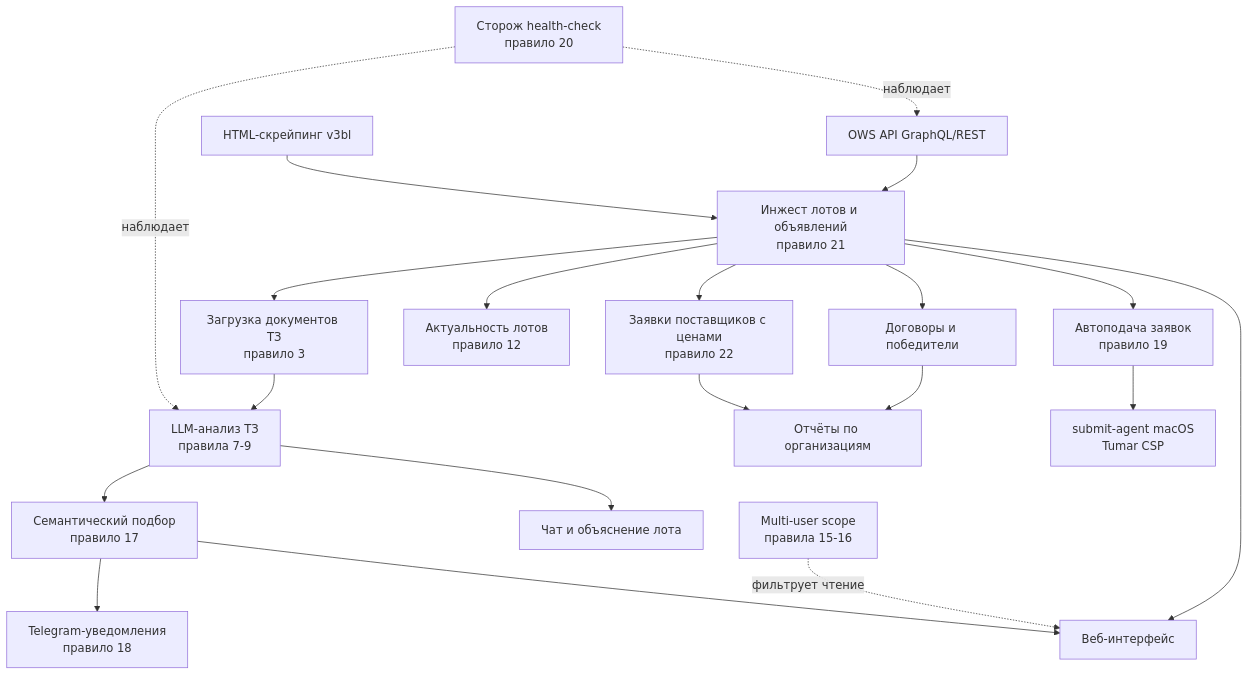
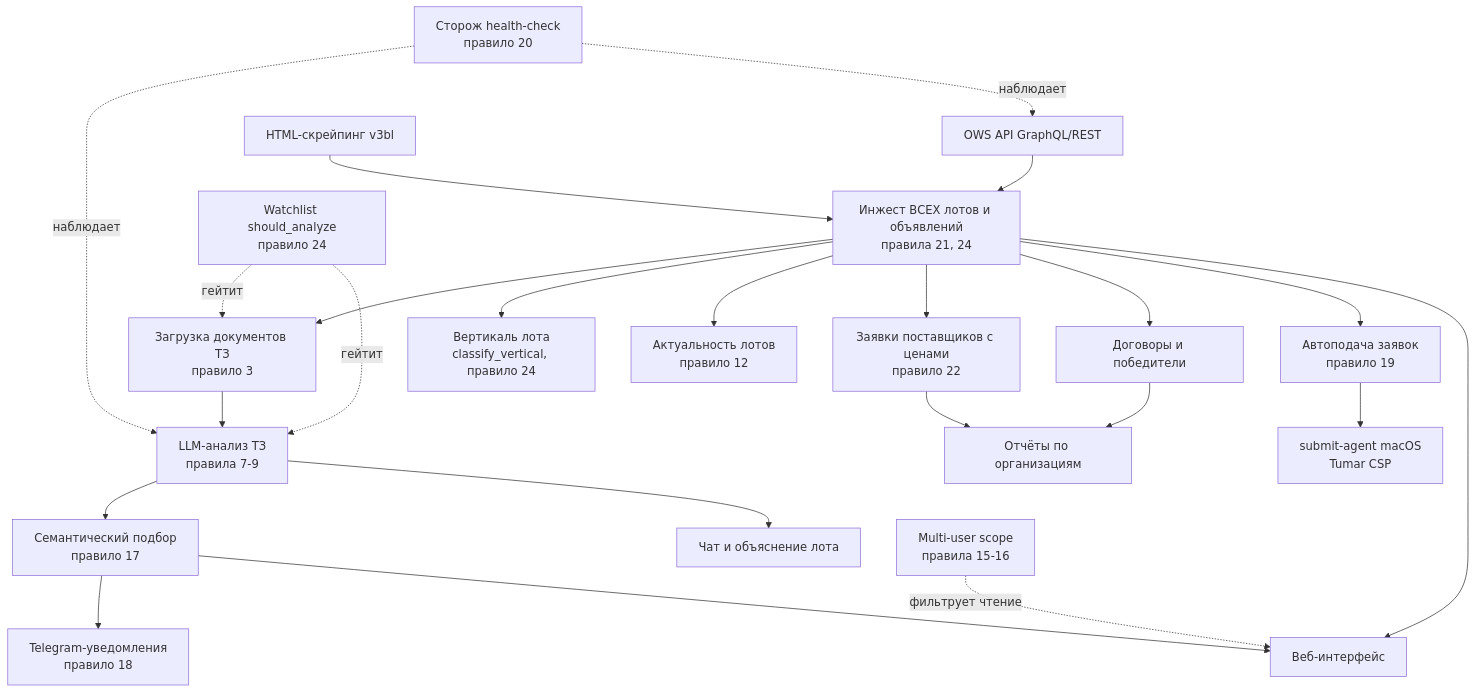
Before and after one commit to Rus9136/gos_tracker: the first of 3 diagrams in ARCHITECTURE.md, drawn with Mermaid. The commit also changed other lines of this file and 2 other files, not shown here.

First line of the commit message:
docs: фаза A SaaS-пивота — правило #24, вертикали/watchlist в картах

````diff
--- a/ARCHITECTURE.md
+++ b/ARCHITECTURE.md
@@ -14,22 +15,25 @@
 ```mermaid
 flowchart TD
     OWS[OWS API GraphQL/REST] --> INGEST
     HTML[HTML-скрейпинг v3bl] --> INGEST
-    INGEST[Инжест лотов и объявлений<br/>правило 21] --> DOCS[Загрузка документов ТЗ<br/>правило 3]
+    INGEST[Инжест ВСЕХ лотов и объявлений<br/>правила 21, 24] --> DOCS[Загрузка документов ТЗ<br/>правило 3]
+    INGEST --> VERT[Вертикаль лота<br/>classify_vertical, правило 24]
+    WATCH[Watchlist should_analyze<br/>правило 24] -.гейтит.-> DOCS
+    WATCH -.гейтит.-> LLM
     INGEST --> EXPIRE[Актуальность лотов<br/>правило 12]
     INGEST --> BIDS[Заявки поставщиков с ценами<br/>правило 22]
     INGEST --> CONTRACTS[Договоры и победители]
     DOCS --> LLM[LLM-анализ ТЗ<br/>правила 7-9]
     LLM --> MATCH[Семантический подбор<br/>правило 17]
     MATCH --> TG[Telegram-уведомления<br/>правило 18]
     LLM --> CHAT[Чат и объяснение лота]
     INGEST --> AUTOSUBMIT[Автоподача заявок<br/>правило 19]
     AUTOSUBMIT --> AGENT[submit-agent macOS<br/>Tumar CSP]
     BIDS --> REPORTS[Отчёты по организациям]
     CONTRACTS --> REPORTS
     HEALTH[Сторож health-check<br/>правило 20] -.наблюдает.-> LLM
     HEALTH -.наблюдает.-> OWS
     SCOPE[Multi-user scope<br/>правила 15-16] -.фильтрует чтение.-> UI[Веб-интерфейс]
     MATCH --> UI
     INGEST --> UI
 ```
````
